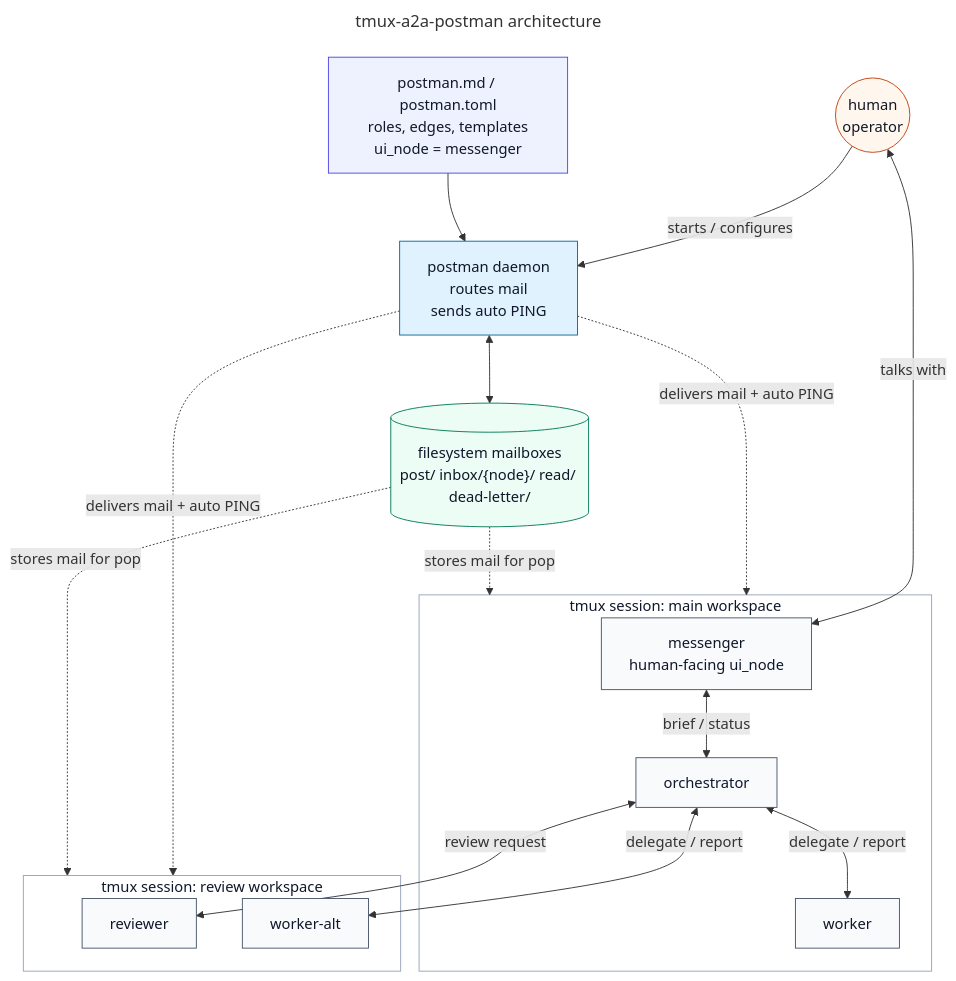
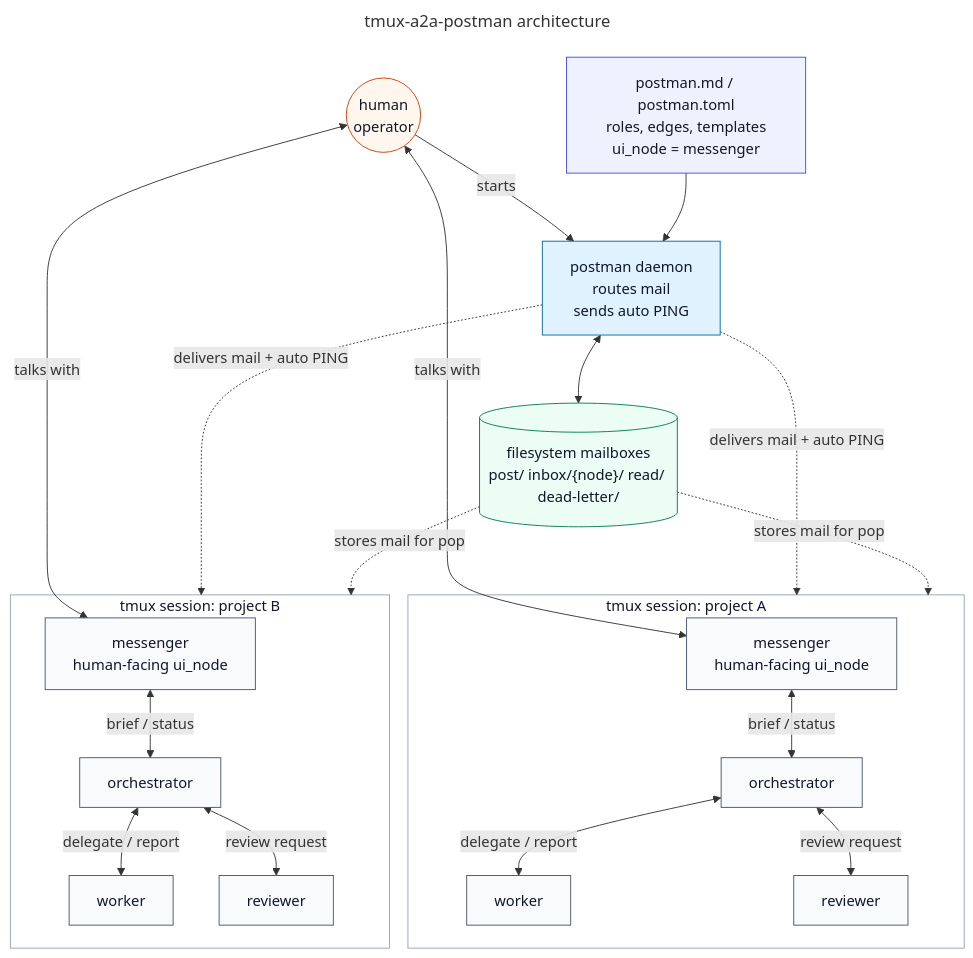
Before and after one commit to i9wa4/tmux-a2a-postman: the first of 2 diagrams in README.md, drawn with Mermaid. The commit also changed other lines of this file and 6 other files, not shown here.

Commit message:
docs: clarify project session model

````diff
--- a/README.md
+++ b/README.md
@@ -17,48 +17,56 @@
 ```mermaid
 ---
 title: tmux-a2a-postman architecture
 ---
 graph TD
     operator((human\noperator))
     config["postman.md / postman.toml\nroles, edges, templates\nui_node = messenger"]
     daemon["postman daemon\nroutes mail\nsends auto PING"]
     mailbox[("filesystem mailboxes\npost/ inbox/{node}/ read/ dead-letter/")]
 
-    subgraph session_main["tmux session: main workspace"]
-        messenger["messenger\nhuman-facing ui_node"]
-        orchestrator["orchestrator"]
-        worker["worker"]
+    subgraph project_a["tmux session: project A"]
+        a_messenger["messenger\nhuman-facing ui_node"]
+        a_orchestrator["orchestrator"]
+        a_worker["worker"]
+        a_reviewer["reviewer"]
+
+        a_messenger <--> |brief / status| a_orchestrator
+        a_orchestrator <--> |delegate / report| a_worker
+        a_orchestrator <--> |review request| a_reviewer
     end
 
-    subgraph session_review["tmux session: review workspace"]
-        reviewer["reviewer"]
-        worker_alt["worker-alt"]
+    subgraph project_b["tmux session: project B"]
+        b_messenger["messenger\nhuman-facing ui_node"]
+        b_orchestrator["orchestrator"]
+        b_worker["worker"]
+        b_reviewer["reviewer"]
+
+        b_messenger <--> |brief / status| b_orchestrator
+        b_orchestrator <--> |delegate / report| b_worker
+        b_orchestrator <--> |review request| b_reviewer
     end
 
-    operator --> |starts / configures| daemon
-    operator <--> |talks with| messenger
+    operator --> |starts| daemon
+    operator <--> |talks with| a_messenger
+    operator <--> |talks with| b_messenger
     config --> daemon
-    messenger <--> |brief / status| orchestrator
-    orchestrator <--> |delegate / report| worker
-    orchestrator <--> |delegate / report| worker_alt
-    orchestrator <--> |review request| reviewer
     daemon <--> mailbox
-    daemon -.->|delivers mail + auto PING| session_main
-    daemon -.->|delivers mail + auto PING| session_review
-    mailbox -.->|stores mail for pop| session_main
-    mailbox -.->|stores mail for pop| session_review
+    daemon -.->|delivers mail + auto PING| project_a
+    daemon -.->|delivers mail + auto PING| project_b
+    mailbox -.->|stores mail for pop| project_a
+    mailbox -.->|stores mail for pop| project_b
 
     classDef operatorType fill:#fff7ed,stroke:#c2410c,color:#111827
     classDef configType fill:#eef2ff,stroke:#4f46e5,color:#111827
     classDef daemonType fill:#e0f2fe,stroke:#0369a1,color:#0f172a
     classDef storageType fill:#ecfdf5,stroke:#047857,color:#0f172a
     classDef agentType fill:#f8fafc,stroke:#475569,color:#0f172a
 
     class operator operatorType
     class config configType
     class daemon daemonType
     class mailbox storageType
-    class messenger,orchestrator,worker,reviewer,worker_alt agentType
-    style session_main fill:#ffffff,stroke:#94a3b8,color:#0f172a
-    style session_review fill:#ffffff,stroke:#94a3b8,color:#0f172a
+    class a_messenger,a_orchestrator,a_worker,a_reviewer,b_messenger,b_orchestrator,b_worker,b_reviewer agentType
+    style project_a fill:#ffffff,stroke:#94a3b8,color:#0f172a
+    style project_b fill:#ffffff,stroke:#94a3b8,color:#0f172a
 ```
````
